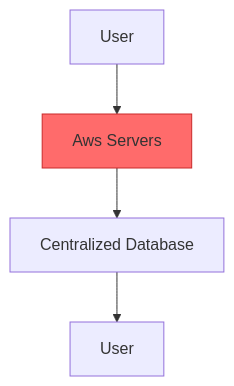
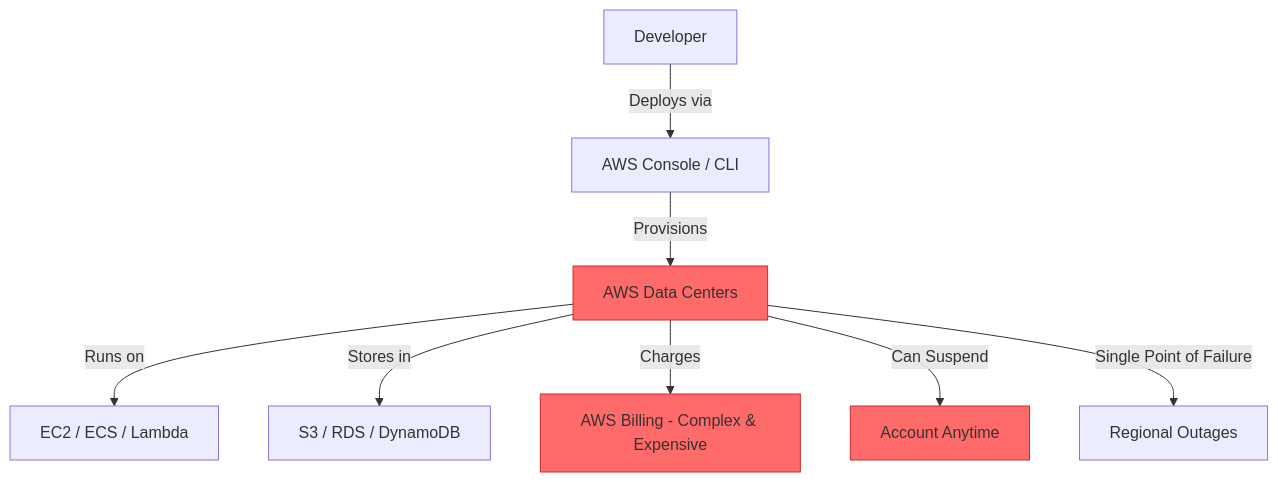
The first of 2 diagrams in 07-compute/01-aws-to-akash.md (Elvatar2/Web2-To-Web3-Migration-Guide), drawn with Mermaid before and after one commit. The commit also changed other lines of this file, not shown here.

````diff
--- a/07-compute/01-aws-to-akash.md
+++ b/07-compute/01-aws-to-akash.md
@@ -52,8 +64,14 @@
 ```mermaid
 graph TB
-    A[User] --> B[Aws Servers]
-    B --> C[Centralized Database]
-    C --> D[User]
+    A[Developer] -->|Deploys via| B[AWS Console / CLI]
+    B -->|Provisions| C[AWS Data Centers]
+    C -->|Runs on| D[EC2 / ECS / Lambda]
+    C -->|Stores in| E[S3 / RDS / DynamoDB]
+    C -->|Charges| F[AWS Billing - Complex & Expensive]
+    C -->|Can Suspend| G[Account Anytime]
+    C -->|Single Point of Failure| H[Regional Outages]
 
-    style B fill:#ff6b6b,stroke:#c92a2a
+    style C fill:#ff6b6b,stroke:#c92a2a
+    style F fill:#ff6b6b,stroke:#c92a2a
+    style G fill:#ff6b6b,stroke:#c92a2a
 ```
````
